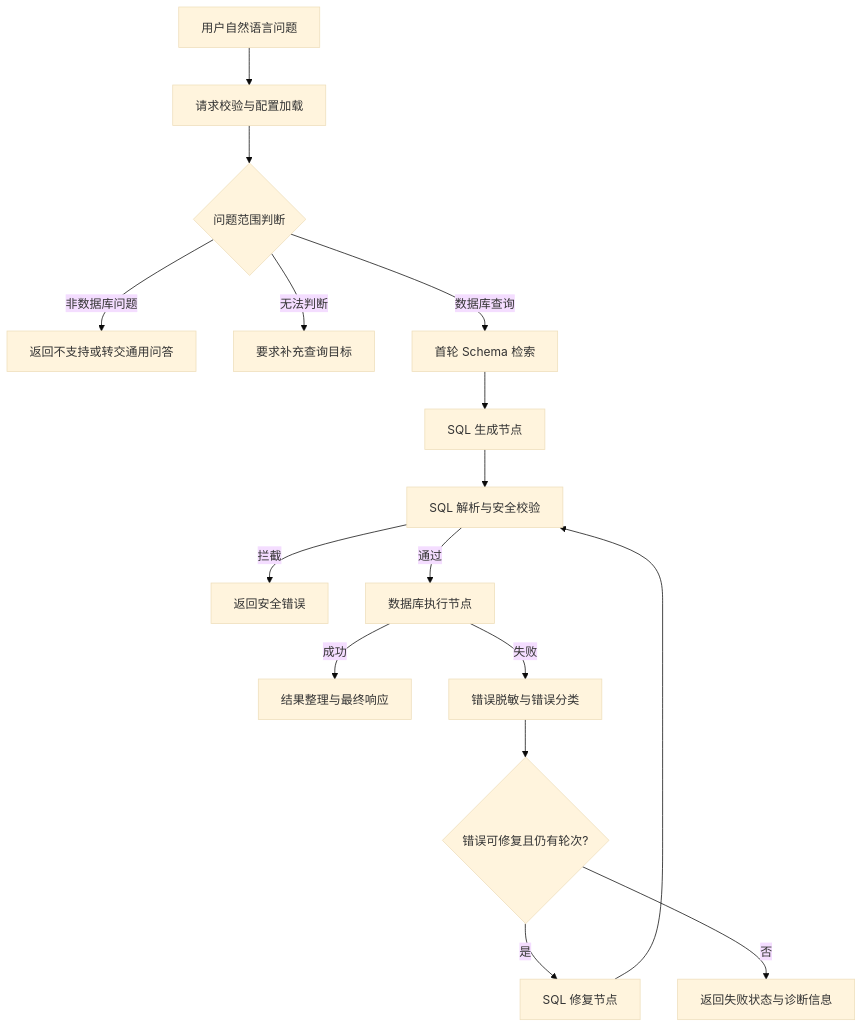
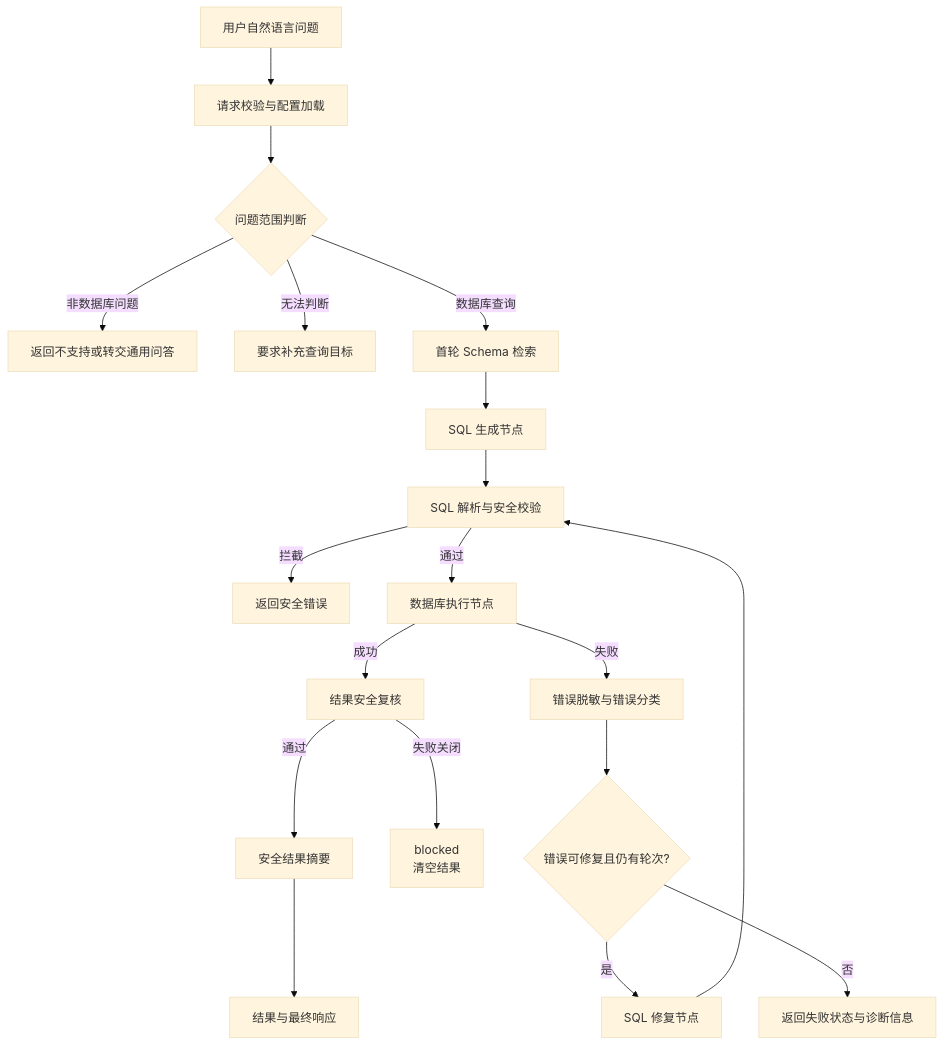
One commit to ls-5s/Chain-NL2SQL changed the first of 3 diagrams in docs/项目说明文档.md. Above: the diagram before and after it, drawn with Mermaid (base theme). The commit also changed other lines of this file and 18 other files, not shown here.

````diff
--- a/docs/项目说明文档.md
+++ b/docs/项目说明文档.md
@@ -54,18 +54,21 @@
 ```mermaid
 flowchart TD
     A[用户自然语言问题] --> B[请求校验与配置加载]
     B --> C{问题范围判断}
     C -->|非数据库问题| N[返回不支持或转交通用问答]
     C -->|无法判断| U[要求补充查询目标]
     C -->|数据库查询| D[首轮 Schema 检索]
     D --> E[SQL 生成节点]
     E --> F[SQL 解析与安全校验]
     F -->|拦截| X[返回安全错误]
     F -->|通过| G[数据库执行节点]
-    G -->|成功| H[结果整理与最终响应]
+    G -->|成功| RG[结果安全复核]
+    RG -->|通过| RS[安全结果摘要]
+    RG -->|失败关闭| XB[blocked<br/>清空结果]
+    RS --> H[结果与最终响应]
     G -->|失败| I[错误脱敏与错误分类]
     I --> J{错误可修复且仍有轮次?}
     J -->|是| K[SQL 修复节点]
     K --> F
     J -->|否| L[返回失败状态与诊断信息]
 ```
````
